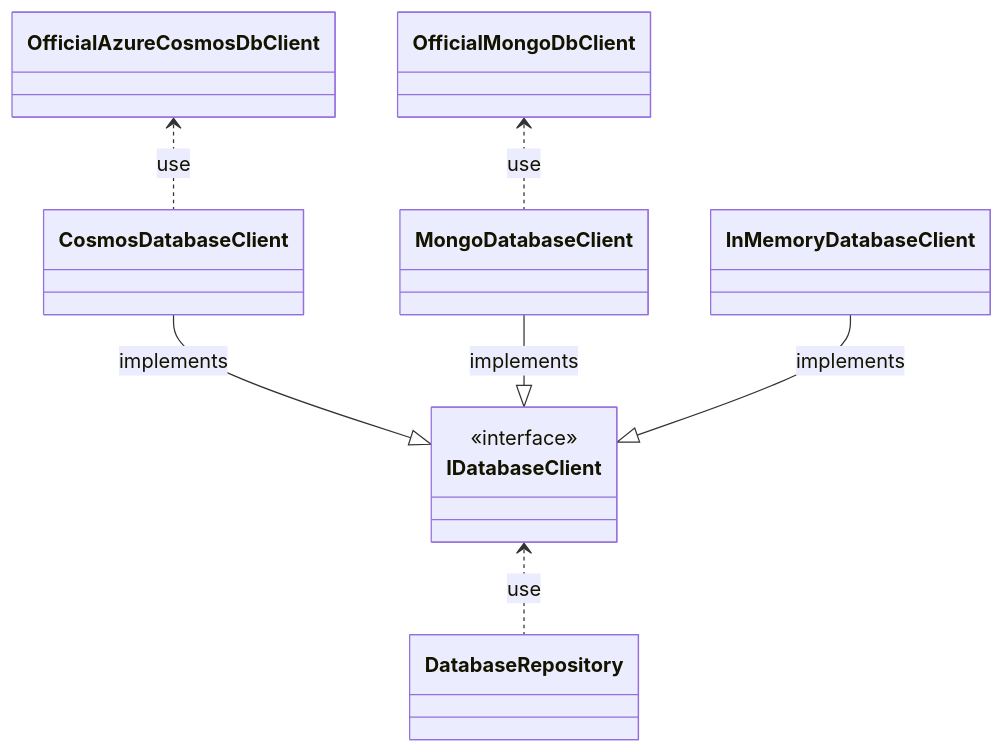
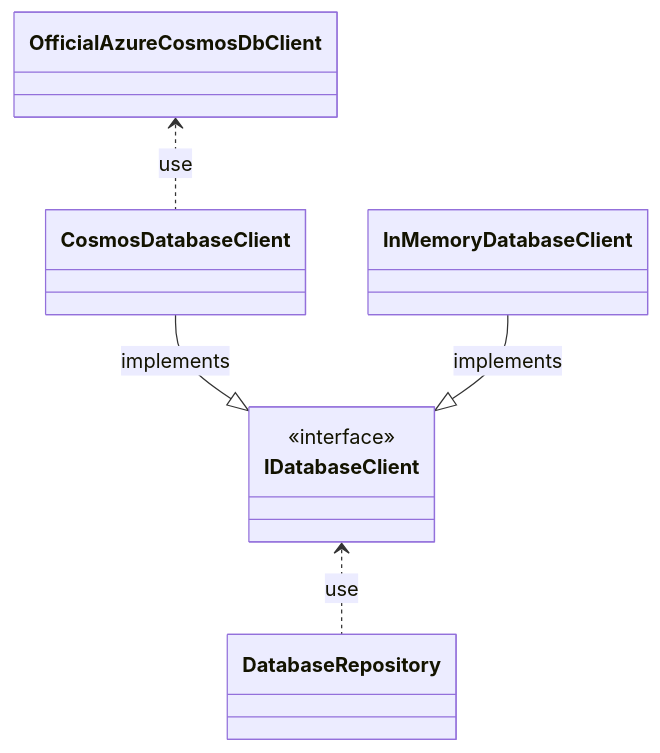
The diagram in docs/public/docs-general/00-overview.md (wemogy/libs-infrastructure-database), drawn with Mermaid before and after one commit. The commit also changed other lines of this file and 23 other files, not shown here.

````diff
--- a/docs/public/docs-general/00-overview.md
+++ b/docs/public/docs-general/00-overview.md
@@ -29,32 +29,24 @@
 ```mermaid
 classDiagram
   OfficialAzureCosmosDbClient <.. CosmosDatabaseClient: use
-  OfficialMongoDbClient <.. MongoDatabaseClient: use
 
   class OfficialAzureCosmosDbClient{
   }
   class CosmosDatabaseClient{
   }
 
-
-  class OfficialMongoDbClient{
-  }
-  class MongoDatabaseClient{
-  }
-
   class InMemoryDatabaseClient{
   }
 
   CosmosDatabaseClient --|> IDatabaseClient : implements
-  MongoDatabaseClient --|> IDatabaseClient : implements
   InMemoryDatabaseClient --|> IDatabaseClient : implements
 
   class IDatabaseClient {
     <<interface>>
   }
 
   IDatabaseClient <.. DatabaseRepository: use
 
   class DatabaseRepository {
   }
 ```
````
